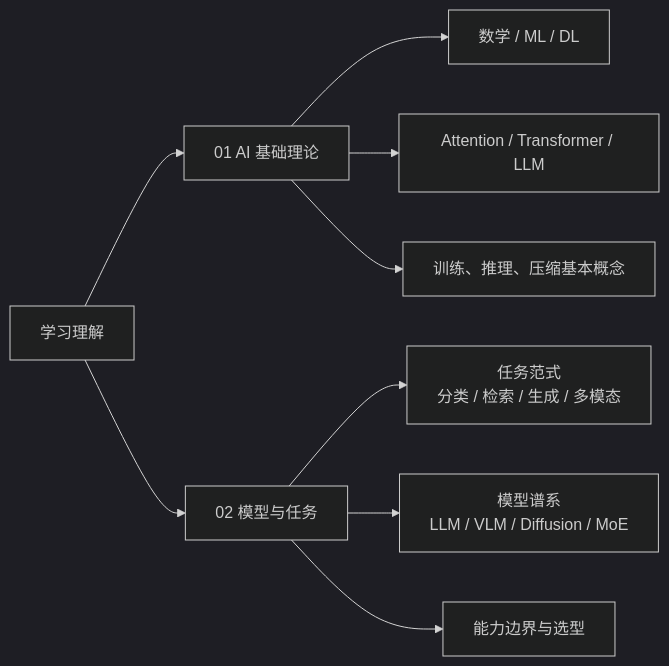
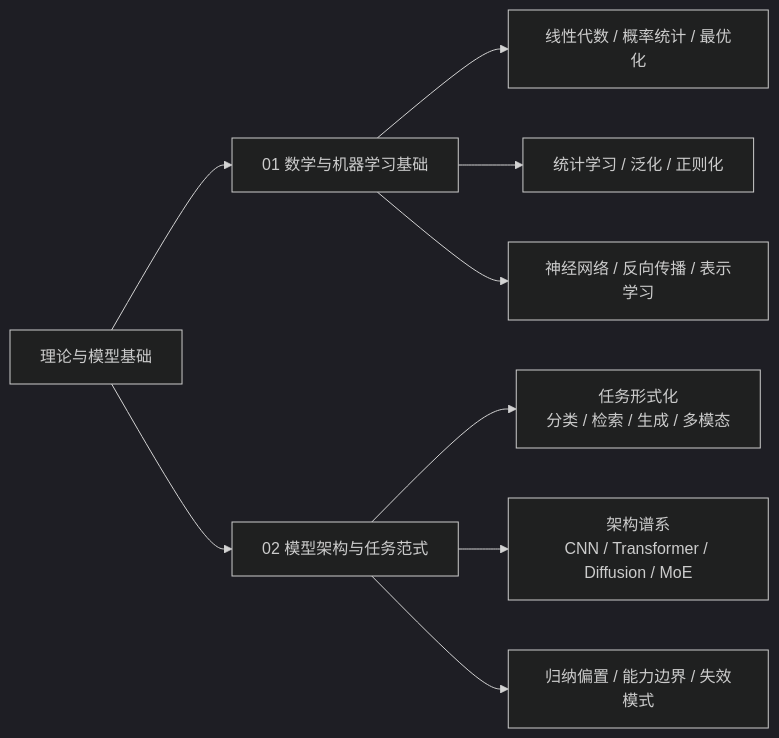
The second of 6 diagrams in docs/knowledge-map.md (AmourSec/aikg), drawn with Mermaid (dark theme) before and after one commit. The commit also changed other lines of this file and 22 other files, not shown here.

````diff
--- a/docs/knowledge-map.md
+++ b/docs/knowledge-map.md
@@ -72,16 +72,16 @@
 ```mermaid
 flowchart LR
-  S1["学习理解"] --> M01["01 AI 基础理论"]
-  S1 --> M02["02 模型与任务"]
+  S1["理论与模型基础"] --> M01["01 数学与机器学习基础"]
+  S1 --> M02["02 模型架构与任务范式"]
 
-  M01 --> A1["数学 / ML / DL"]
-  M01 --> A2["Attention / Transformer / LLM"]
-  M01 --> A3["训练、推理、压缩基本概念"]
+  M01 --> A1["线性代数 / 概率统计 / 最优化"]
+  M01 --> A2["统计学习 / 泛化 / 正则化"]
+  M01 --> A3["神经网络 / 反向传播 / 表示学习"]
 
-  M02 --> B1["任务范式<br/>分类 / 检索 / 生成 / 多模态"]
-  M02 --> B2["模型谱系<br/>LLM / VLM / Diffusion / MoE"]
-  M02 --> B3["能力边界与选型"]
+  M02 --> B1["任务形式化<br/>分类 / 检索 / 生成 / 多模态"]
+  M02 --> B2["架构谱系<br/>CNN / Transformer / Diffusion / MoE"]
+  M02 --> B3["归纳偏置 / 能力边界 / 失效模式"]
 
-  click M01 "../01-ai-basics/" "打开 AI 基础理论"
-  click M02 "../02-models-and-tasks/" "打开模型与任务"
+  click M01 "../01-ai-basics/" "打开数学与机器学习基础"
+  click M02 "../02-models-and-tasks/" "打开模型架构与任务范式"
 ```
````
